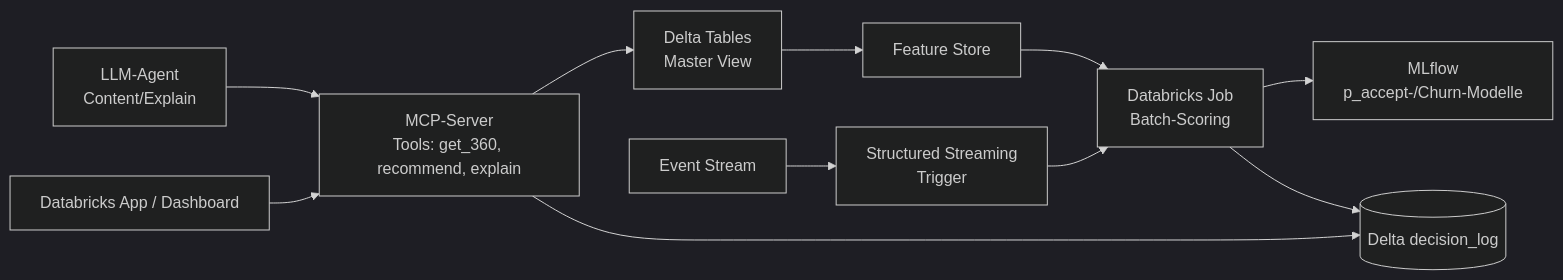
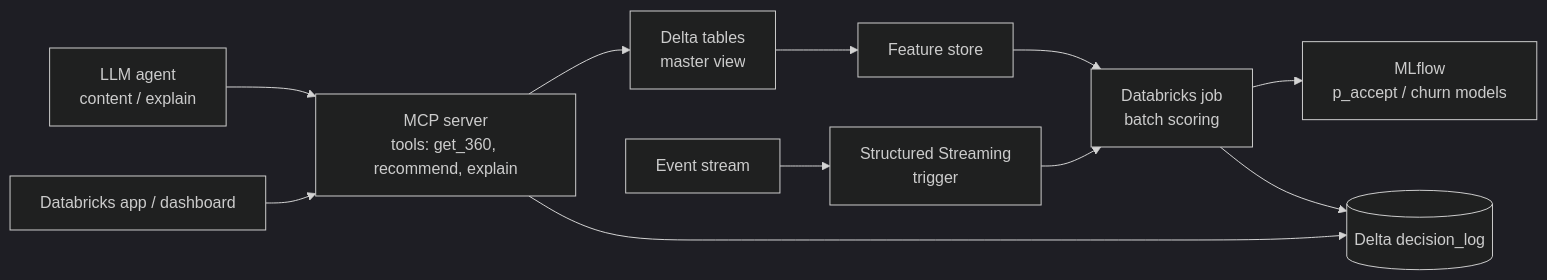
Before and after one commit to rajansurkhab/maingau-nba-engine: the third of 3 diagrams in PLANUNG_hackathon3.md, drawn with Mermaid (dark theme). The commit also changed other lines of this file and 1 other file, not shown here.

````diff
--- a/PLANUNG_hackathon3.md
+++ b/PLANUNG_hackathon3.md
@@ -263,12 +263,12 @@
 ```mermaid
 flowchart LR
-  DLT[Delta Tables<br/>Master View] --> FS[Feature Store]
-  FS --> JOB[Databricks Job<br/>Batch-Scoring]
-  EVT[Event Stream] --> SS[Structured Streaming<br/>Trigger]
+  DLT[Delta tables<br/>master view] --> FS[Feature store]
+  FS --> JOB[Databricks job<br/>batch scoring]
+  EVT[Event stream] --> SS[Structured Streaming<br/>trigger]
   SS --> JOB
-  JOB --> MLF[MLflow<br/>p_accept-/Churn-Modelle]
+  JOB --> MLF[MLflow<br/>p_accept / churn models]
   JOB --> DLOG[(Delta decision_log)]
-  MCP[MCP-Server<br/>Tools: get_360, recommend, explain] --> DLT & DLOG
-  LLM[LLM-Agent<br/>Content/Explain] --> MCP
-  APP[Databricks App / Dashboard] --> MCP
+  MCP[MCP server<br/>tools: get_360, recommend, explain] --> DLT & DLOG
+  LLM[LLM agent<br/>content / explain] --> MCP
+  APP[Databricks app / dashboard] --> MCP
 ```
````
